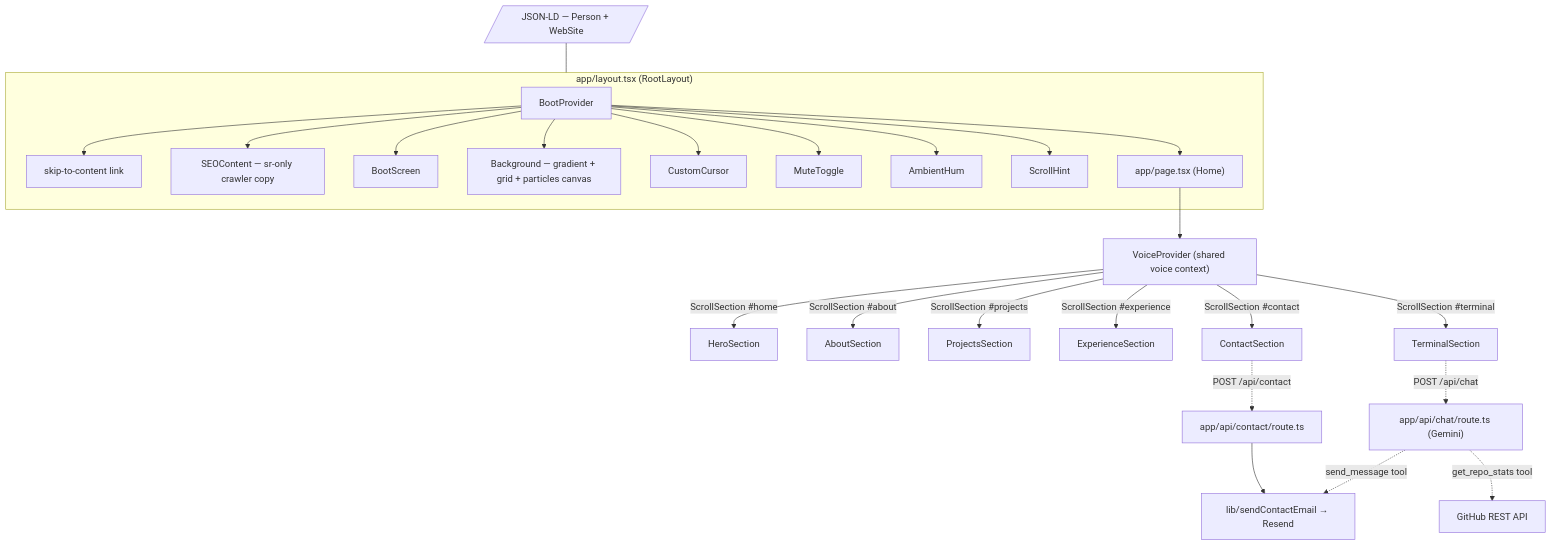
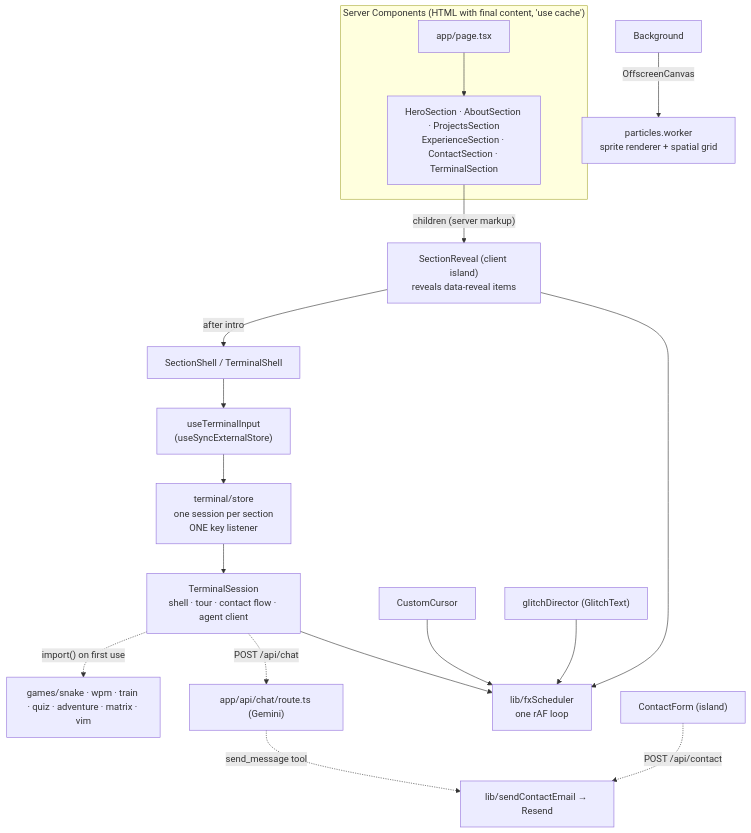
Before and after one commit to kudzaiprichard/my-portfolio: the first of 10 diagrams in README.md, drawn with Mermaid. The commit also changed other lines of this file and 1 other file, not shown here.

````diff
--- a/README.md
+++ b/README.md
@@ -223,29 +302,23 @@
 ```mermaid
 flowchart TB
-    subgraph RootLayout["app/layout.tsx (RootLayout)"]
-        BootProvider --> SkipLink[skip-to-content link]
-        BootProvider --> SEOContent[SEOContent — sr-only crawler copy]
-        BootProvider --> BootScreen
-        BootProvider --> Background[Background — gradient + grid + particles canvas]
-        BootProvider --> CustomCursor
-        BootProvider --> MuteToggle
-        BootProvider --> AmbientHum
-        BootProvider --> ScrollHint
-        BootProvider --> Page["app/page.tsx (Home)"]
+    subgraph Server["Server Components (HTML with final content, 'use cache')"]
+        Page["app/page.tsx"] --> Sections["HeroSection · AboutSection · ProjectsSection\nExperienceSection · ContactSection · TerminalSection"]
     end
 
-    Page --> VP["VoiceProvider (shared voice context)"]
-    VP -->|ScrollSection #home| S1[HeroSection]
-    VP -->|ScrollSection #about| S2[AboutSection]
-    VP -->|ScrollSection #projects| S3[ProjectsSection]
-    VP -->|ScrollSection #experience| S4[ExperienceSection]
-    VP -->|ScrollSection #contact| S5[ContactSection]
-    VP -->|ScrollSection #terminal| S6[TerminalSection]
+    Sections -->|"children (server markup)"| Reveal["SectionReveal (client island)\nreveals data-reveal items"]
+    Reveal -->|after intro| Shell["SectionShell / TerminalShell"]
+    Shell --> View["useTerminalInput\n(useSyncExternalStore)"]
+    View --> Store["terminal/store\none session per section\nONE key listener"]
+    Store --> Session["TerminalSession\nshell · tour · contact flow · agent client"]
+    Session -. "import() on first use" .-> Games["games/snake · wpm · train · quiz · adventure · matrix · vim"]
+    Session -. "POST /api/chat" .-> Chat["app/api/chat/route.ts (Gemini)"]
 
-    S5 -. "POST /api/contact" .-> CT["app/api/contact/route.ts"]
-    S6 -. "POST /api/chat" .-> CH["app/api/chat/route.ts (Gemini)"]
-    CT --> Mail["lib/sendContactEmail → Resend"]
-    CH -. "send_message tool" .-> Mail
-    CH -. "get_repo_stats tool" .-> GH["GitHub REST API"]
-    StructuredData[/JSON-LD — Person + WebSite/] --- RootLayout
+    Reveal --> FX["lib/fxScheduler\none rAF loop"]
+    Session --> FX
+    Cursor["CustomCursor"] --> FX
+    Glitch["glitchDirector (GlitchText)"] --> FX
+    BG["Background"] -->|"OffscreenCanvas"| Worker["particles.worker\nsprite renderer + spatial grid"]
+
+    Contact["ContactForm (island)"] -. "POST /api/contact" .-> Mail["lib/sendContactEmail → Resend"]
+    Chat -. "send_message tool" .-> Mail
 ```
````
